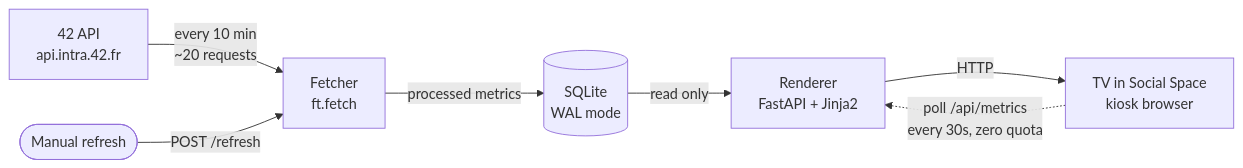
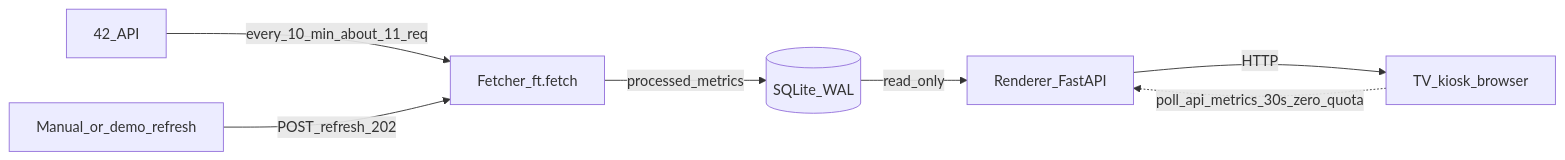
The diagram in docs/architecture.md (aminoqr/intravision), drawn with Mermaid before and after one commit. The commit also changed other lines of this file and 6 other files, not shown here.

Commit message:
feat: wire live 42 api data with offline demo fixtures

````diff
--- a/docs/architecture.md
+++ b/docs/architecture.md
@@ -17,9 +19,9 @@
 ```mermaid
 flowchart LR
-    API[42 API<br/>api.intra.42.fr] -->|every 10 min<br/>~20 requests| F[Fetcher<br/>ft.fetch]
-    F -->|processed metrics| S[(SQLite<br/>WAL mode)]
-    S -->|read only| R[Renderer<br/>FastAPI + Jinja2]
-    R -->|HTTP| TV[TV in Social Space<br/>kiosk browser]
-    TV -.->|poll /api/metrics<br/>every 30s, zero quota| R
-    OP([Manual refresh]) -->|POST /refresh| F
+    API[42_API] -->|every_10_min_about_11_req| F[Fetcher_ft.fetch]
+    F -->|processed_metrics| S[(SQLite_WAL)]
+    S -->|read_only| R[Renderer_FastAPI]
+    R -->|HTTP| TV[TV_kiosk_browser]
+    TV -.->|poll_api_metrics_30s_zero_quota| R
+    OP[Manual_or_demo_refresh] -->|POST_refresh_202| F
 ```
````
